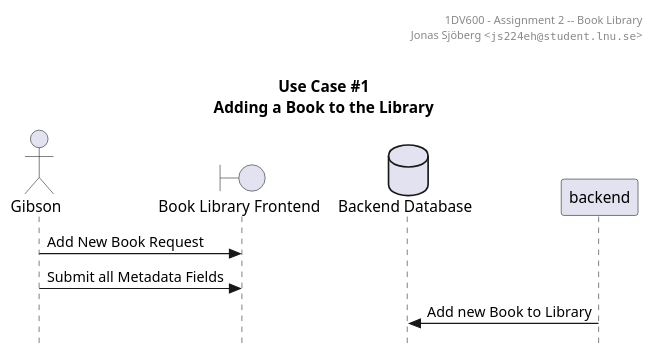
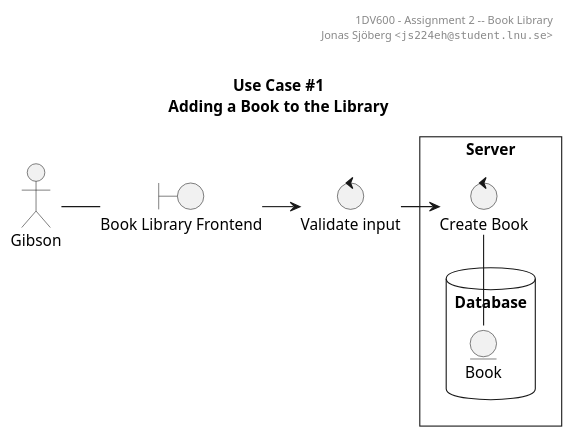
One commit to jonasjberg/1dv600_lab changed the diagram in doc/uml-use-case-1-rob.puml. Above: the diagram before and after it, drawn with PlantUML. The commit also changed 1 other file, not shown here.

Commit message:
Add robustness diagram for use case #1.

```diff
--- a/doc/uml-use-case-1-rob.puml
+++ b/doc/uml-use-case-1-rob.puml
@@ -7,35 +7,37 @@
 @startuml
 ' debug flag creates a 'svek.dot' and 'svek.svg' file in ~/
 ' !pragma svek_trace on
 
 skinparam {
-    'monochrome true
-    'backgroundColor transparent
+    monochrome true
+    backgroundColor transparent
     classBackgroundColor transparent
     style strictuml
 }
-
-' TODO: EVERYTHING!!!!1
 
 header
 1DV600 - Assignment 2 -- Book Library
 Jonas Sjöberg <""js224eh@student.lnu.se"">
 end header
 
 title \nUse Case #1\nAdding a Book to the Library
 
 
 actor Gibson
 boundary "Book Library Frontend" as frontend
+control "Validate input" as validate
 
-Gibson->frontend: Add New Book Request
-'Gibson -> frontend
+rectangle Server {
+database Database {
+  entity Book
+}
+control "Create Book" as createBook
+createBook -- Book
+}
 
-
-Gibson -> frontend: Submit all Metadata Fields
-'frontend -> "Backend Server" as backend: Create new Book entry
-
-database "Backend Database" as db
-backend -> db: Add new Book to Library
+'Gibson - frontend: Add New Book
+Gibson - frontend
+frontend -> validate
+validate -> createBook
 
 @enduml
```
